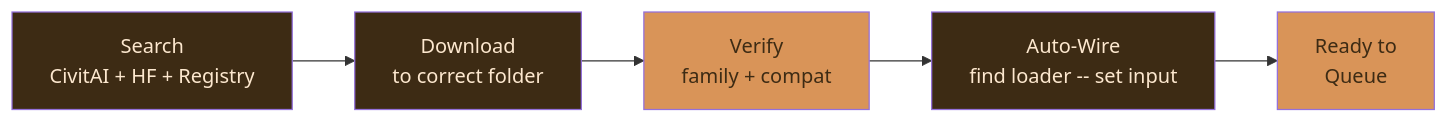
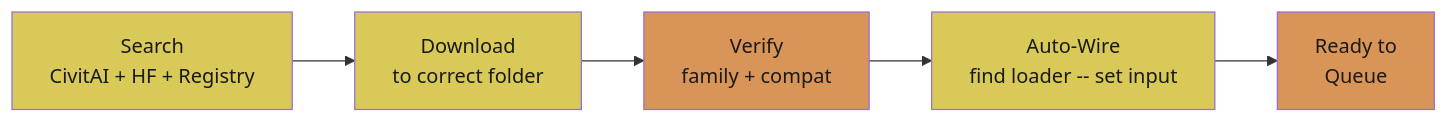
Diagram 14 of 25 in README.md (JosephOIbrahim/Comfy-Cozy), drawn with Mermaid before and after one commit. The commit also changed other lines of this file, not shown here.

First line of the commit message:
[DOCS] Mermaid palette: two-tone muted orange/yellow with black text

````diff
--- a/README.md
+++ b/README.md
@@ -730,13 +730,13 @@
 ```mermaid
 flowchart LR
     Search["Search<br/>CivitAI + HF + Registry"] --> Download["Download<br/>to correct folder"]
     Download --> Verify["Verify<br/>family + compat"]
     Verify --> Wire["Auto-Wire<br/>find loader -- set input"]
     Wire --> Ready["Ready to<br/>Queue"]
 
-    style Search fill:#3d2b14,color:#fde8cf
-    style Download fill:#3d2b14,color:#fde8cf
-    style Verify fill:#d99458,color:#3d2b14
-    style Wire fill:#3d2b14,color:#fde8cf
-    style Ready fill:#d99458,color:#3d2b14
+    style Search fill:#d9c958,color:#1a1a1a
+    style Download fill:#d9c958,color:#1a1a1a
+    style Verify fill:#d99458,color:#1a1a1a
+    style Wire fill:#d9c958,color:#1a1a1a
+    style Ready fill:#d99458,color:#1a1a1a
 ```
````
